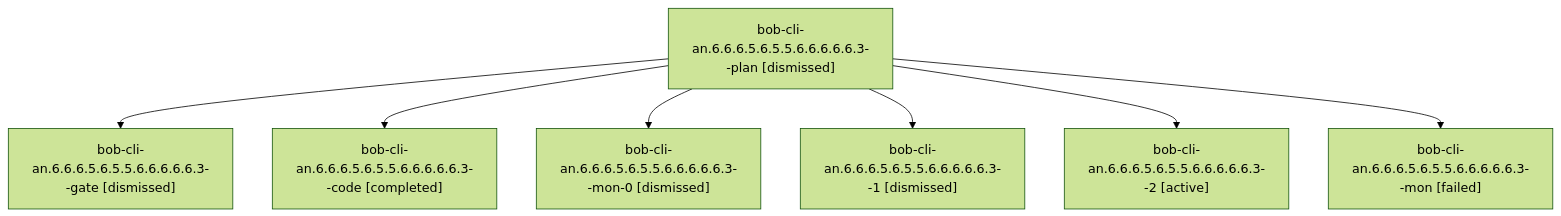
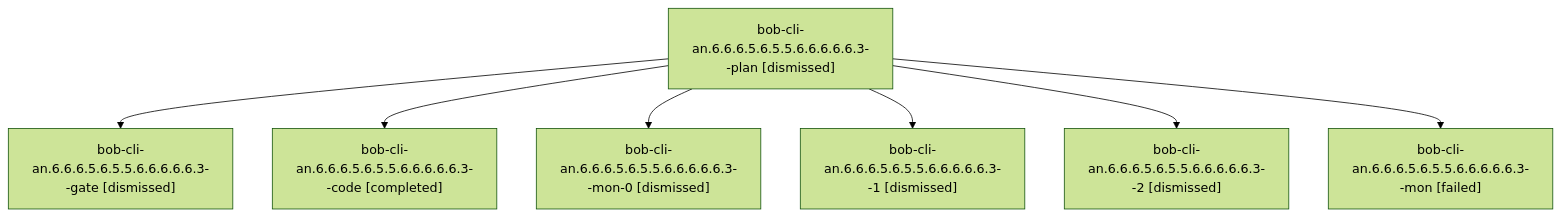
Before and after one commit to bobs-org/bob-cli--agents: the diagram in sessions/bbugyi200.athena.bob-cli-an.6.6.6.5.6.5.5.6.6.6.6.6.3.md, drawn with Mermaid (forest theme). The commit also changed other lines of this file and 551 other files, not shown here.

````diff
--- a/sessions/bbugyi200.athena.bob-cli-an.6.6.6.5.6.5.5.6.6.6.6.6.3.md
+++ b/sessions/bbugyi200.athena.bob-cli-an.6.6.6.5.6.5.5.6.6.6.6.6.3.md
@@ -9,16 +9,16 @@
 ```mermaid
 flowchart TD
   n0["bob-cli-an.6.6.6.5.6.5.5.6.6.6.6.6.3--plan [dismissed]"]
   n1["bob-cli-an.6.6.6.5.6.5.5.6.6.6.6.6.3--gate [dismissed]"]
   n0 --> n1
   n2["bob-cli-an.6.6.6.5.6.5.5.6.6.6.6.6.3--code [completed]"]
   n0 --> n2
   n3["bob-cli-an.6.6.6.5.6.5.5.6.6.6.6.6.3--mon-0 [dismissed]"]
   n0 --> n3
   n4["bob-cli-an.6.6.6.5.6.5.5.6.6.6.6.6.3--1 [dismissed]"]
   n0 --> n4
-  n5["bob-cli-an.6.6.6.5.6.5.5.6.6.6.6.6.3--2 [active]"]
+  n5["bob-cli-an.6.6.6.5.6.5.5.6.6.6.6.6.3--2 [dismissed]"]
   n0 --> n5
   n6["bob-cli-an.6.6.6.5.6.5.5.6.6.6.6.6.3--mon [failed]"]
   n0 --> n6
 ```
````
